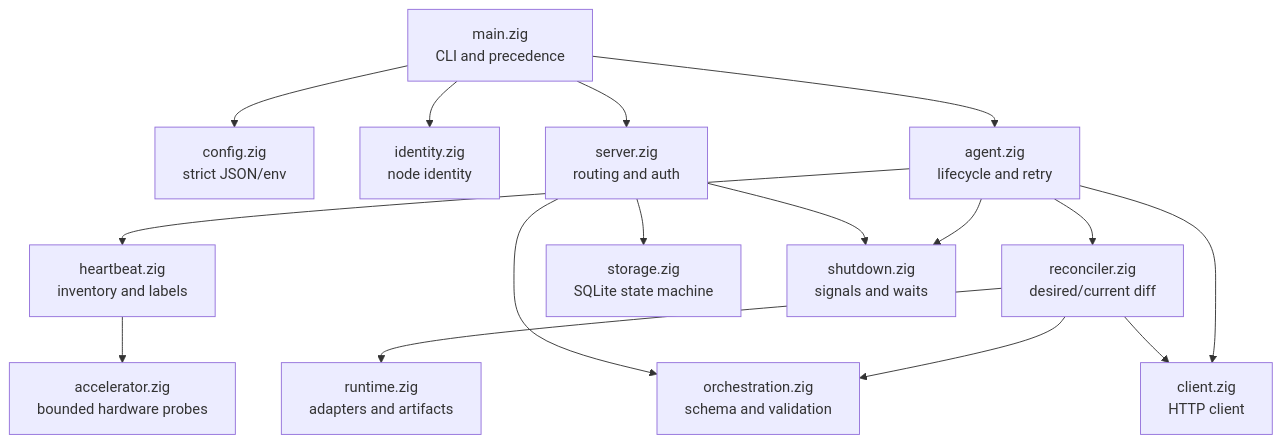
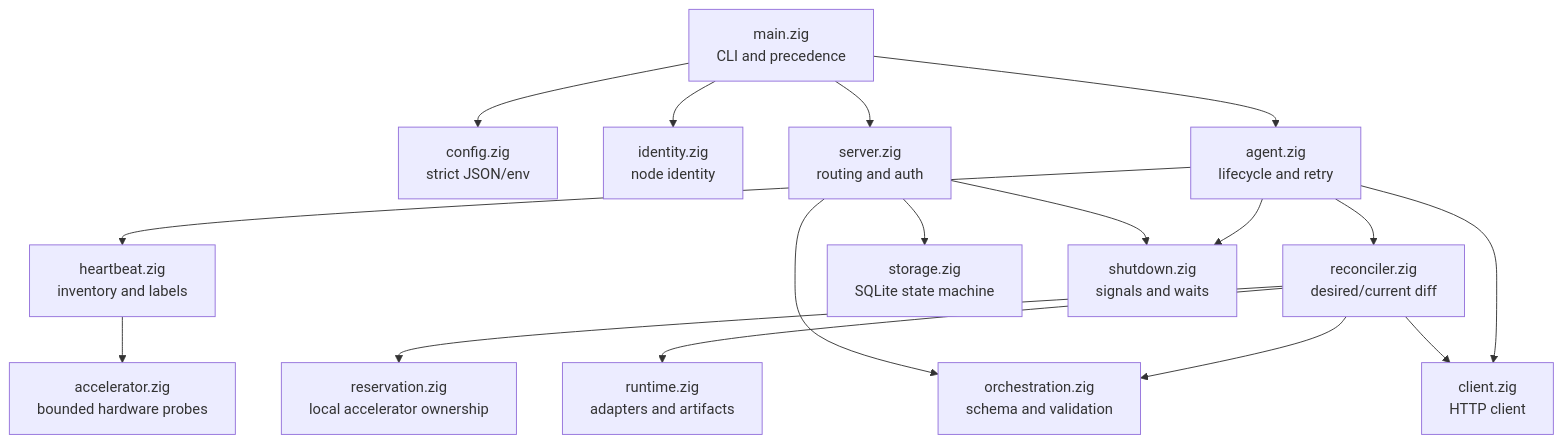
Before and after one commit to ziwon/nimbus: the second of 3 diagrams in docs/architecture.md, drawn with Mermaid. The commit also changed other lines of this file and 5 other files, not shown here.

````diff
--- a/docs/architecture.md
+++ b/docs/architecture.md
@@ -96,32 +98,34 @@
 ```mermaid
 flowchart TB
     Main[main.zig<br/>CLI and precedence]
     Config[config.zig<br/>strict JSON/env]
     Identity[identity.zig<br/>node identity]
     Heartbeat[heartbeat.zig<br/>inventory and labels]
     Accelerator[accelerator.zig<br/>bounded hardware probes]
     Agent[agent.zig<br/>lifecycle and retry]
     Reconcile[reconciler.zig<br/>desired/current diff]
+    Reservation[reservation.zig<br/>local accelerator ownership]
     Runtime[runtime.zig<br/>adapters and artifacts]
     Protocol[orchestration.zig<br/>schema and validation]
     Client[client.zig<br/>HTTP client]
     Server[server.zig<br/>routing and auth]
     Storage[storage.zig<br/>SQLite state machine]
     Shutdown[shutdown.zig<br/>signals and waits]
 
     Main --> Config
     Main --> Identity
     Main --> Agent
     Main --> Server
     Agent --> Heartbeat
     Heartbeat --> Accelerator
     Agent --> Reconcile
     Agent --> Client
     Agent --> Shutdown
     Reconcile --> Protocol
+    Reconcile --> Reservation
     Reconcile --> Runtime
     Reconcile --> Client
     Server --> Protocol
     Server --> Storage
     Server --> Shutdown
 ```
````
